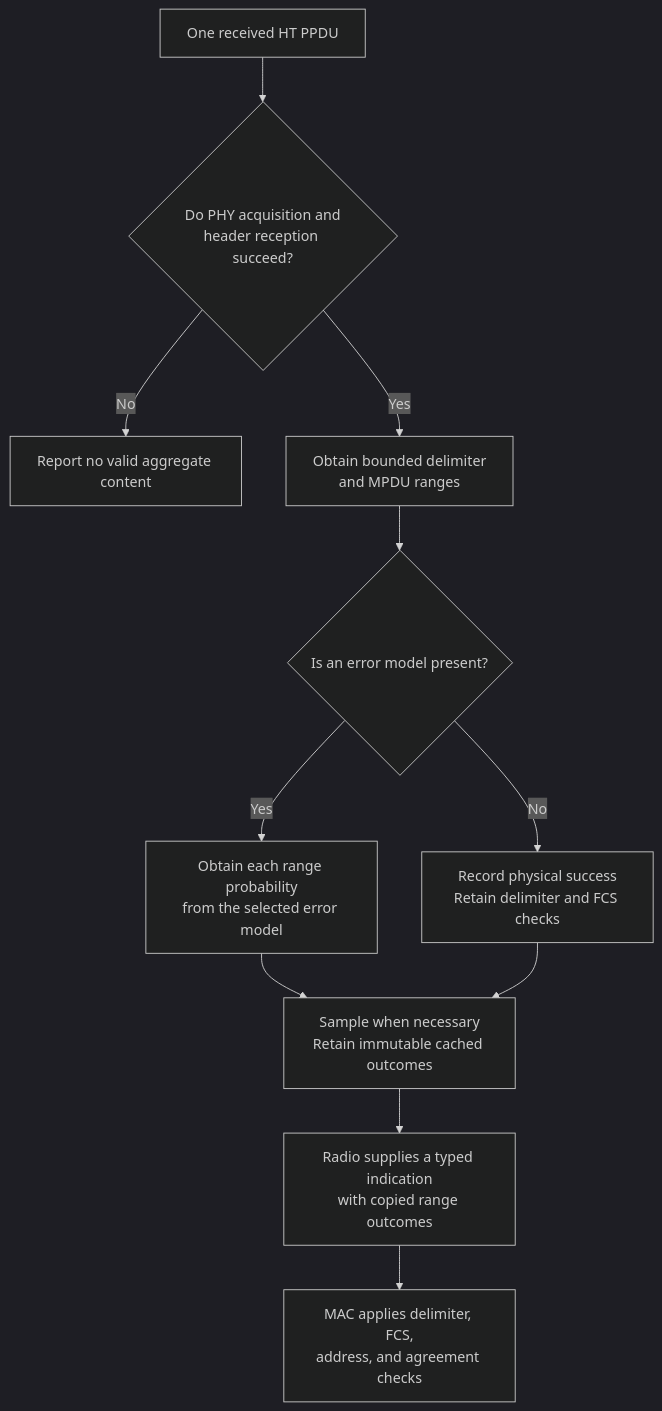
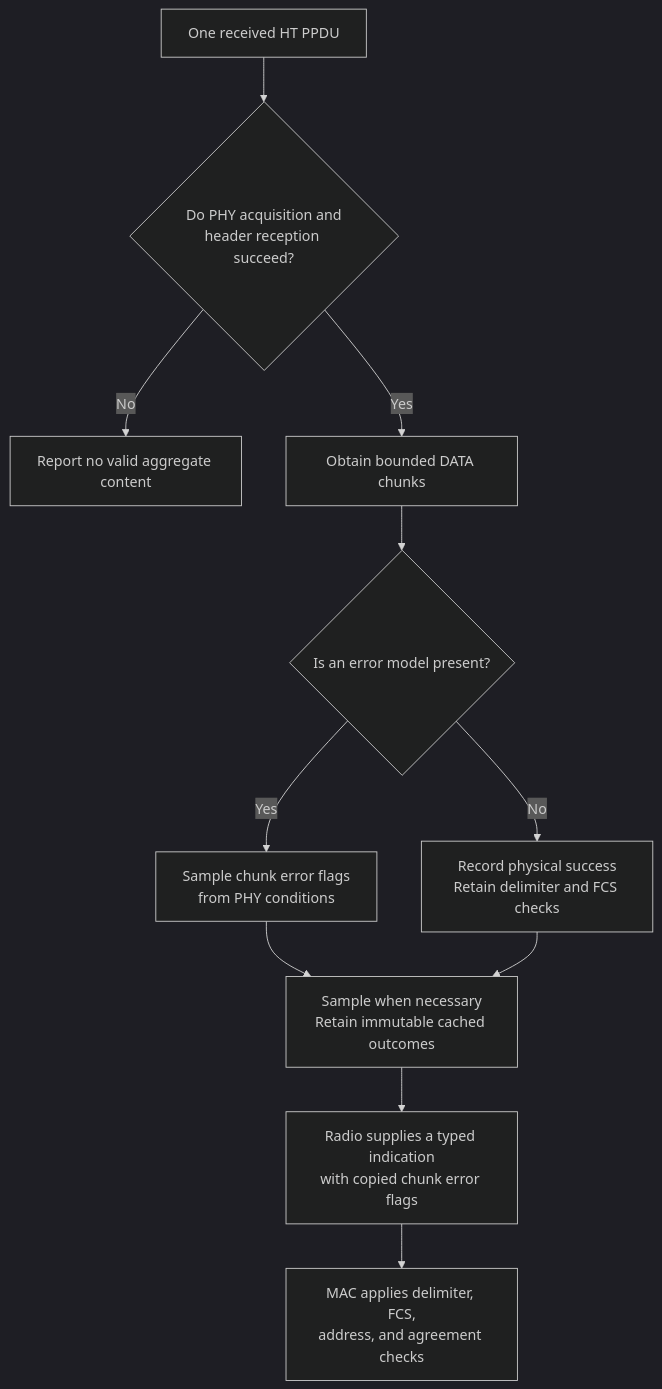
The first of 2 diagrams in plan/pending/ieee80211-ampdu-phy-reception.md (inet-framework/inet), drawn with Mermaid (dark theme) before and after one commit. The commit also changed other lines of this file and 2 other files, not shown here.

First line of the commit message:
plan: change: define chunk-based PHY reception boundaries

````diff
--- a/plan/pending/ieee80211-ampdu-phy-reception.md
+++ b/plan/pending/ieee80211-ampdu-phy-reception.md
@@ -23,13 +32,13 @@
 ```mermaid
 flowchart TD
     RX["One received HT PPDU"] --> H{"Do PHY acquisition and<br/>header reception succeed?"}
     H -->|No| FAIL["Report no valid aggregate content"]
-    H -->|Yes| R["Obtain bounded delimiter<br/>and MPDU ranges"]
+    H -->|Yes| R["Obtain bounded DATA chunks"]
     R --> MODEL{"Is an error model present?"}
-    MODEL -->|Yes| E["Obtain each range probability<br/>from the selected error model"]
+    MODEL -->|Yes| E["Sample chunk error flags<br/>from PHY conditions"]
     MODEL -->|No| GOOD["Record physical success<br/>Retain delimiter and FCS checks"]
     E --> C["Sample when necessary<br/>Retain immutable cached outcomes"]
     GOOD --> C
-    C --> I["Radio supplies a typed indication<br/>with copied range outcomes"]
+    C --> I["Radio supplies a typed indication<br/>with copied chunk error flags"]
     I --> MAC["MAC applies delimiter, FCS,<br/>address, and agreement checks"]
 ```
````
